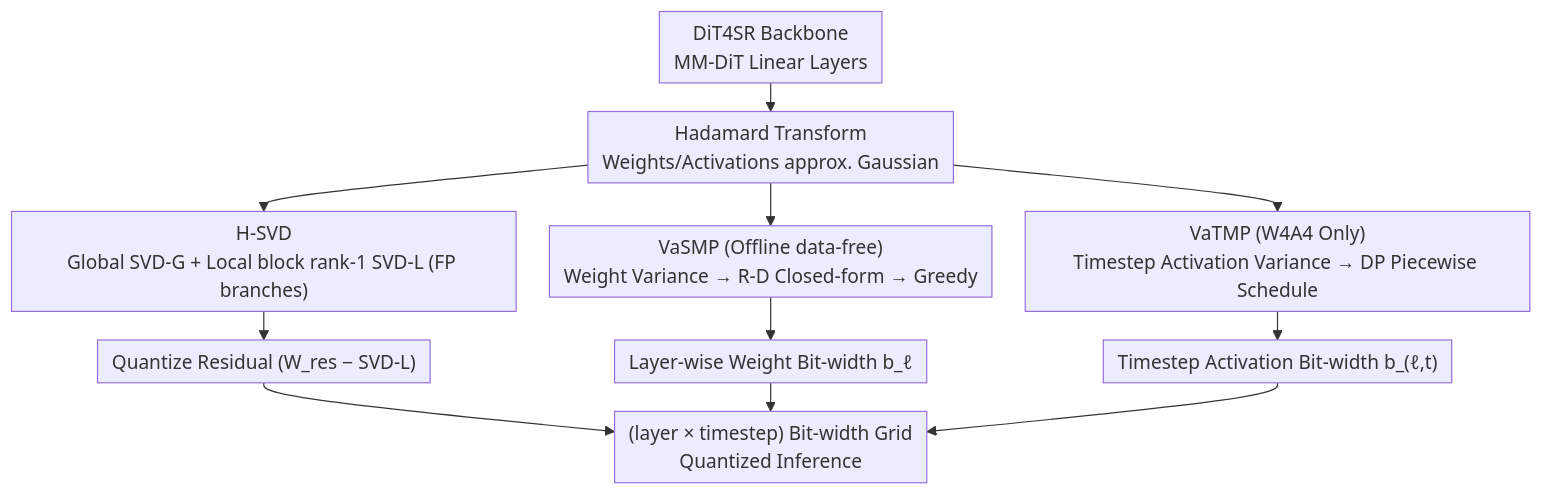
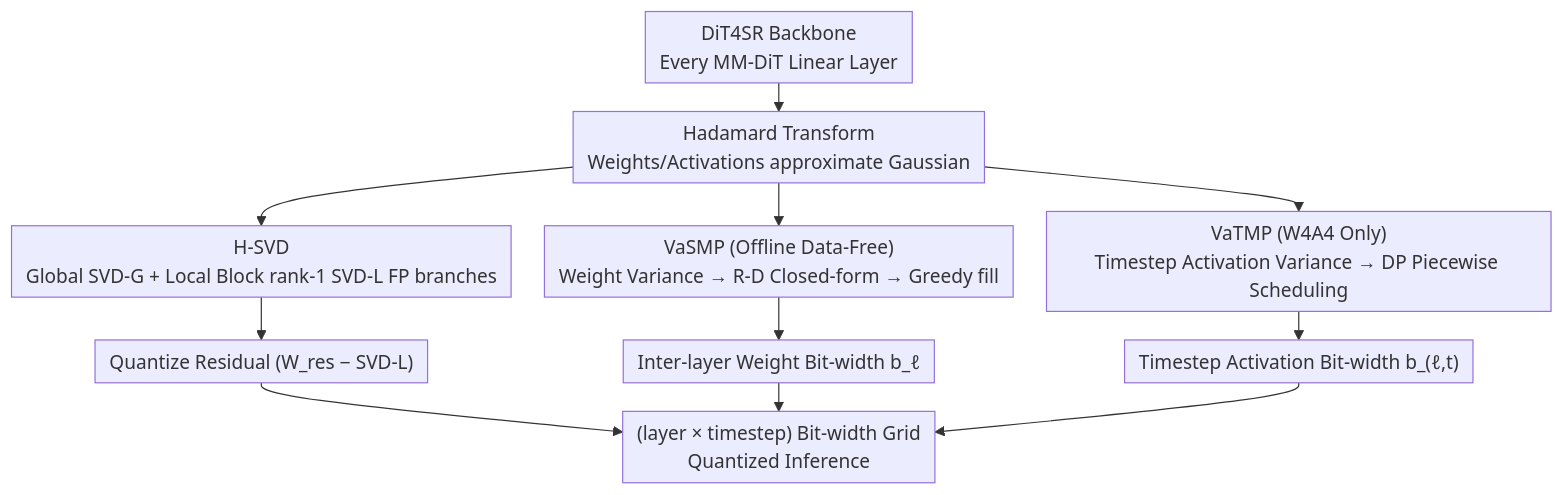
The diagram in docs/ICML2026/image_generation/q-dit4sr_exploration_of_detail-preserving_diffusion_transformer_quantization_for.md (zhaoyang97/Paper-Notes-en), drawn with Mermaid before and after one commit. The commit also changed other lines of this file and 5084 other files, not shown here.

````diff
--- a/docs/ICML2026/image_generation/q-dit4sr_exploration_of_detail-preserving_diffusion_transformer_quantization_for.md
+++ b/docs/ICML2026/image_generation/q-dit4sr_exploration_of_detail-preserving_diffusion_transformer_quantization_for.md
@@ -46,14 +46,14 @@
 ```mermaid
 %%{init: {'flowchart': {'rankSpacing': 24, 'nodeSpacing': 28, 'padding': 6, 'wrappingWidth': 400}}}%%
 flowchart TD
-    A["DiT4SR Backbone<br/>MM-DiT Linear Layers"] --> B["Hadamard Transform<br/>Weights/Activations approx. Gaussian"]
-    B --> C["H-SVD<br/>Global SVD-G + Local block rank-1 SVD-L (FP branches)"]
+    A["DiT4SR Backbone<br/>Every MM-DiT Linear Layer"] --> B["Hadamard Transform<br/>Weights/Activations approximate Gaussian"]
+    B --> C["H-SVD<br/>Global SVD-G + Local Block rank-1 SVD-L FP branches"]
     C --> D["Quantize Residual (W_res − SVD-L)"]
-    B --> E["VaSMP (Offline data-free)<br/>Weight Variance → R-D Closed-form → Greedy"]
-    E --> F["Layer-wise Weight Bit-width b_ℓ"]
-    B --> G["VaTMP (W4A4 Only)<br/>Timestep Activation Variance → DP Piecewise Schedule"]
+    B --> E["VaSMP (Offline Data-Free)<br/>Weight Variance → R-D Closed-form → Greedy fill"]
+    E --> F["Inter-layer Weight Bit-width b_ℓ"]
+    B --> G["VaTMP (W4A4 Only)<br/>Timestep Activation Variance → DP Piecewise Scheduling"]
     G --> H["Timestep Activation Bit-width b_(ℓ,t)"]
     D --> I["(layer × timestep) Bit-width Grid<br/>Quantized Inference"]
     F --> I
     H --> I
 ```
````
